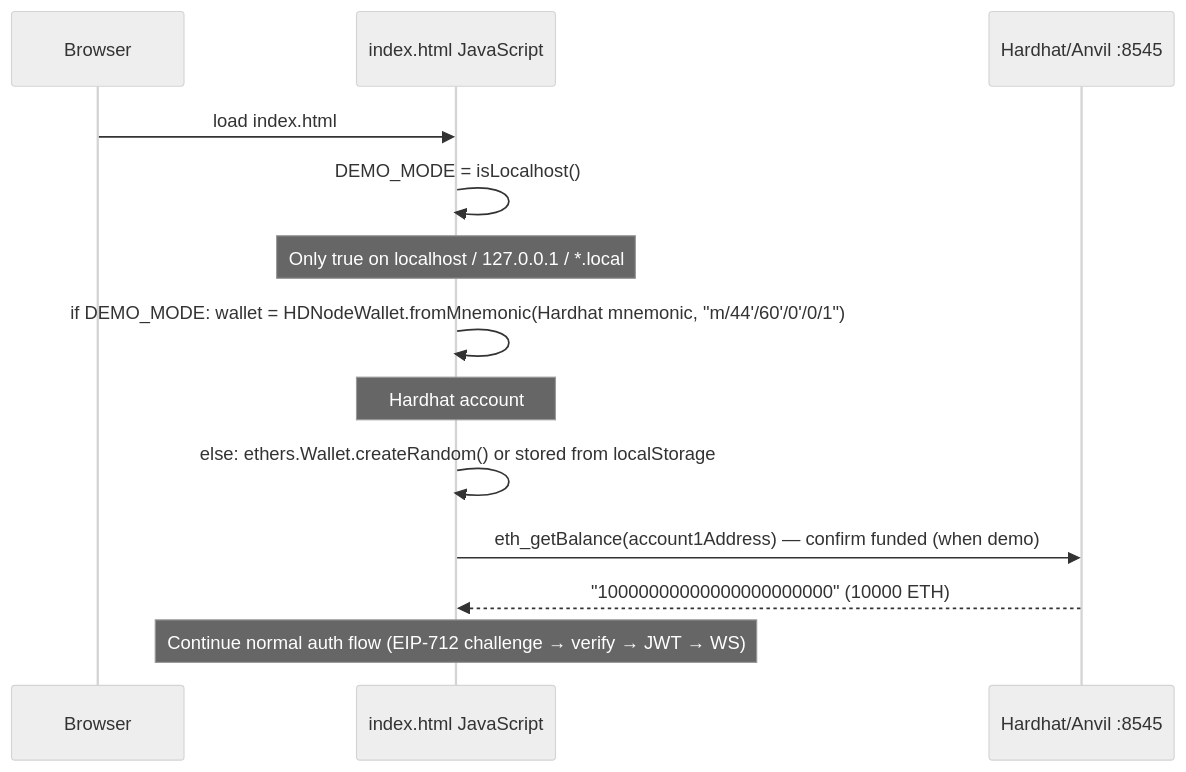
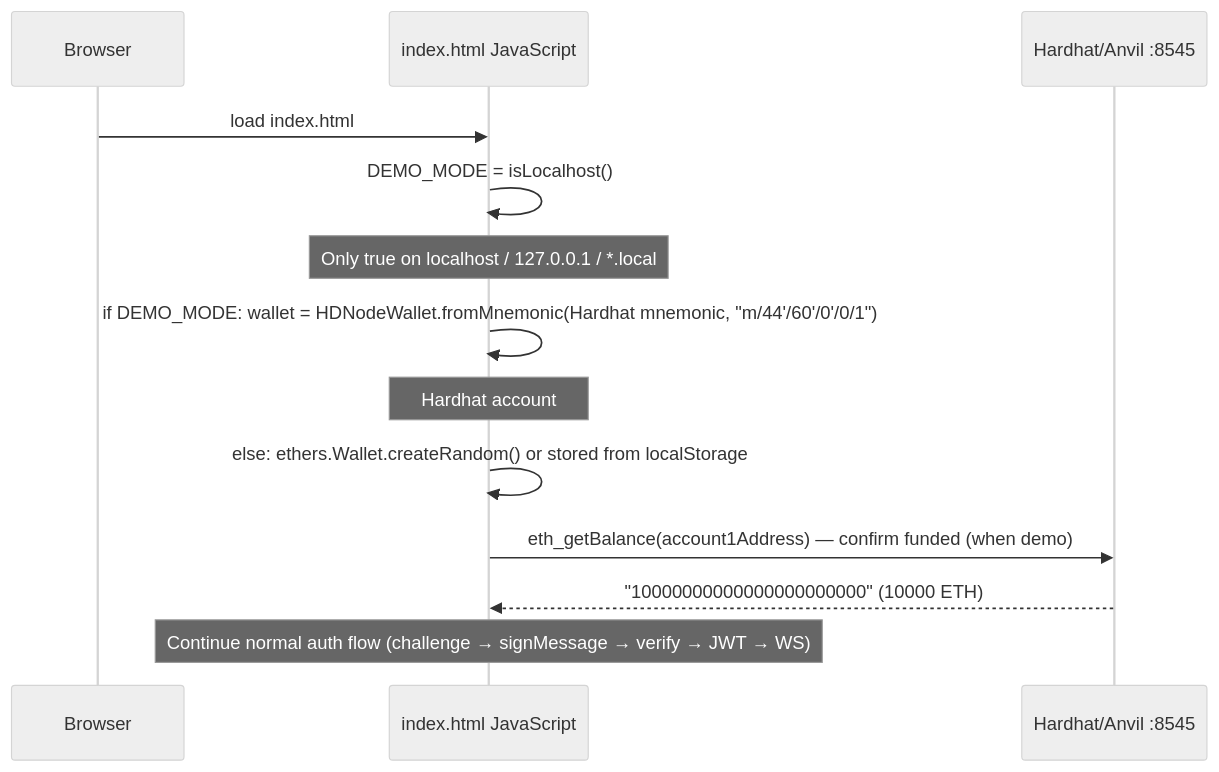
Diagram 19 of 19 in documentation/sequence-diagrams.md (Fennzo/DiceTilt), drawn with Mermaid (neutral theme) before and after one commit. The commit also changed other lines of this file and 24 other files, not shown here.

Commit message:
align architecture docs with current runtime implementation

````diff
--- a/documentation/sequence-diagrams.md
+++ b/documentation/sequence-diagrams.md
@@ -621,16 +603,16 @@
 ```mermaid
 sequenceDiagram
     participant Browser as Browser
     participant JS as index.html JavaScript
     participant Anvil as Hardhat/Anvil :8545
 
     Browser->>JS: load index.html
     JS->>JS: DEMO_MODE = isLocalhost()
     Note over JS: Only true on localhost / 127.0.0.1 / *.local
     JS->>JS: if DEMO_MODE: wallet = HDNodeWallet.fromMnemonic(Hardhat mnemonic, "m/44'/60'/0'/0/1")
     Note over JS: Hardhat account #1 — deterministic, pre-funded with 10000 ETH by Anvil
     JS->>JS: else: ethers.Wallet.createRandom() or stored from localStorage
     JS->>Anvil: eth_getBalance(account1Address) — confirm funded (when demo)
     Anvil-->>JS: "10000000000000000000000" (10000 ETH)
-    Note over JS: Continue normal auth flow (EIP-712 challenge → verify → JWT → WS)
+    Note over JS: Continue normal auth flow (challenge → signMessage → verify → JWT → WS)
 ```
````
